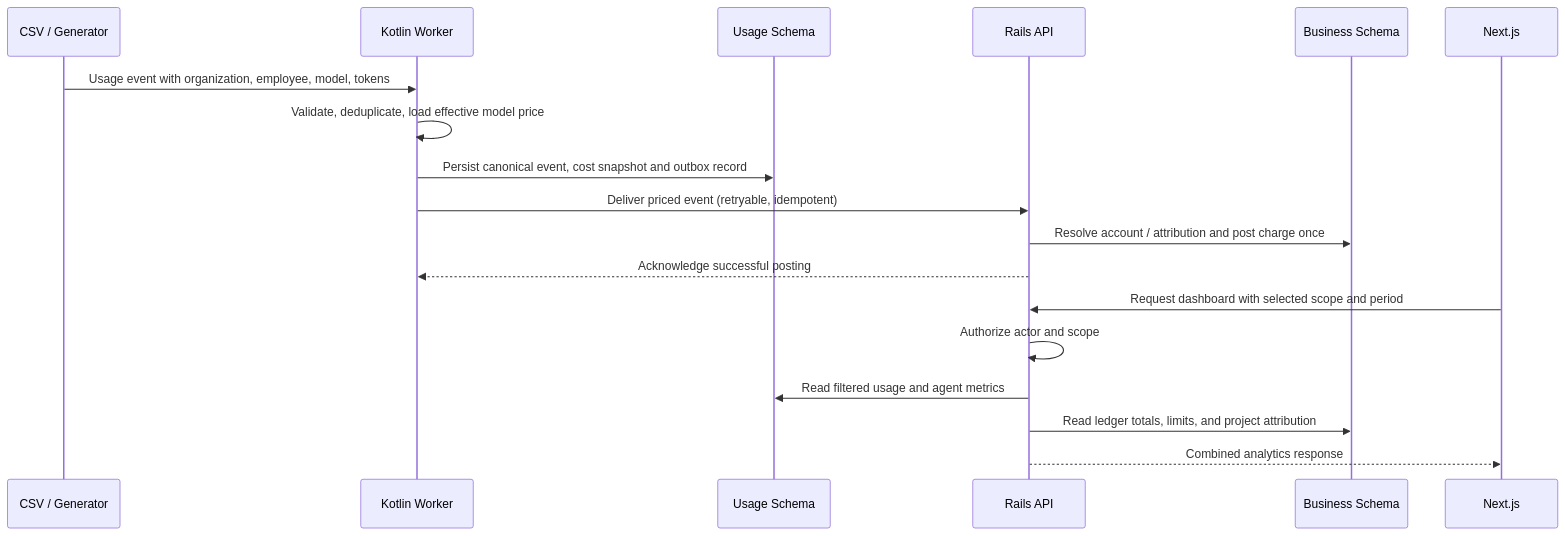
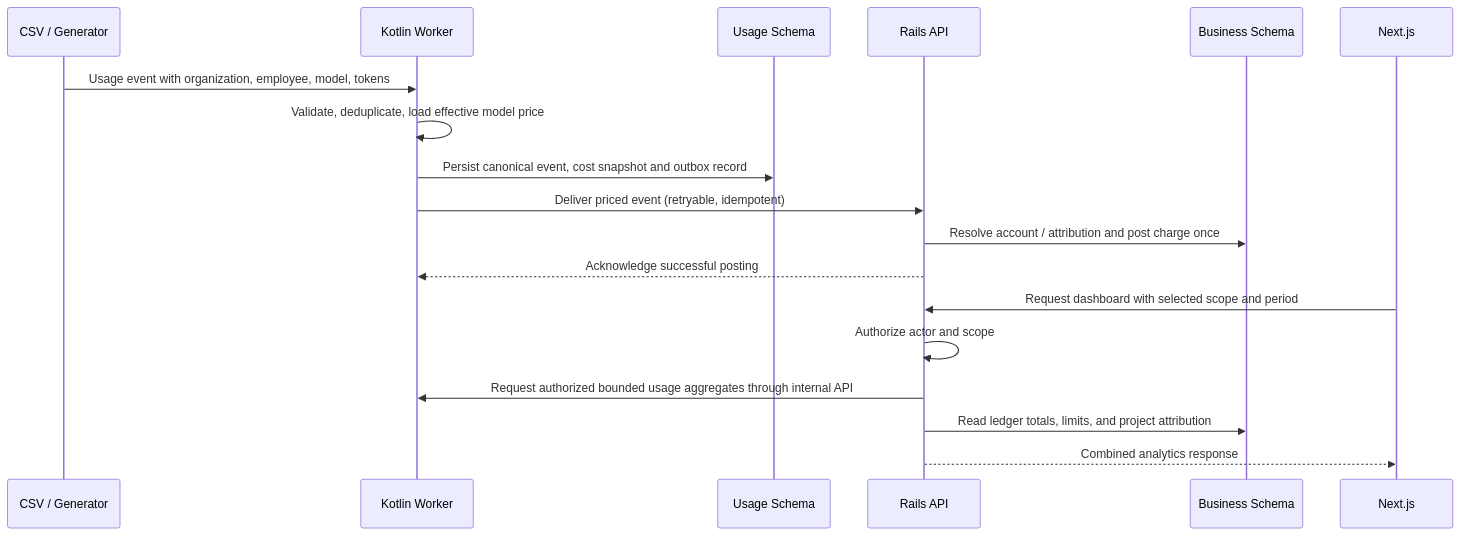
The third of 3 diagrams in README.md (aymaanalamgir/tokentrack), drawn with Mermaid before and after one commit. The commit also changed other lines of this file and 69 other files, not shown here.

````diff
--- a/README.md
+++ b/README.md
@@ -294,21 +294,21 @@
 ```mermaid
 sequenceDiagram
     participant Seed as CSV / Generator
     participant K as Kotlin Worker
     participant UDB as Usage Schema
     participant R as Rails API
     participant BDB as Business Schema
     participant Web as Next.js
 
     Seed->>K: Usage event with organization, employee, model, tokens
     K->>K: Validate, deduplicate, load effective model price
     K->>UDB: Persist canonical event, cost snapshot and outbox record
     K->>R: Deliver priced event (retryable, idempotent)
     R->>BDB: Resolve account / attribution and post charge once
     R-->>K: Acknowledge successful posting
     Web->>R: Request dashboard with selected scope and period
     R->>R: Authorize actor and scope
-    R->>UDB: Read filtered usage and agent metrics
+    R->>K: Request authorized bounded usage aggregates through internal API
     R->>BDB: Read ledger totals, limits, and project attribution
     R-->>Web: Combined analytics response
 ```
````
